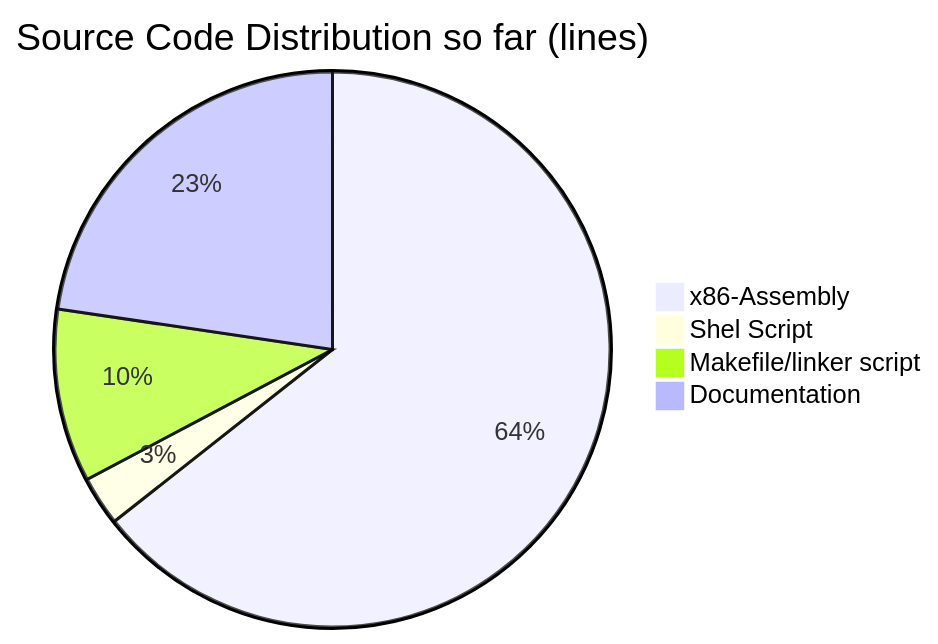
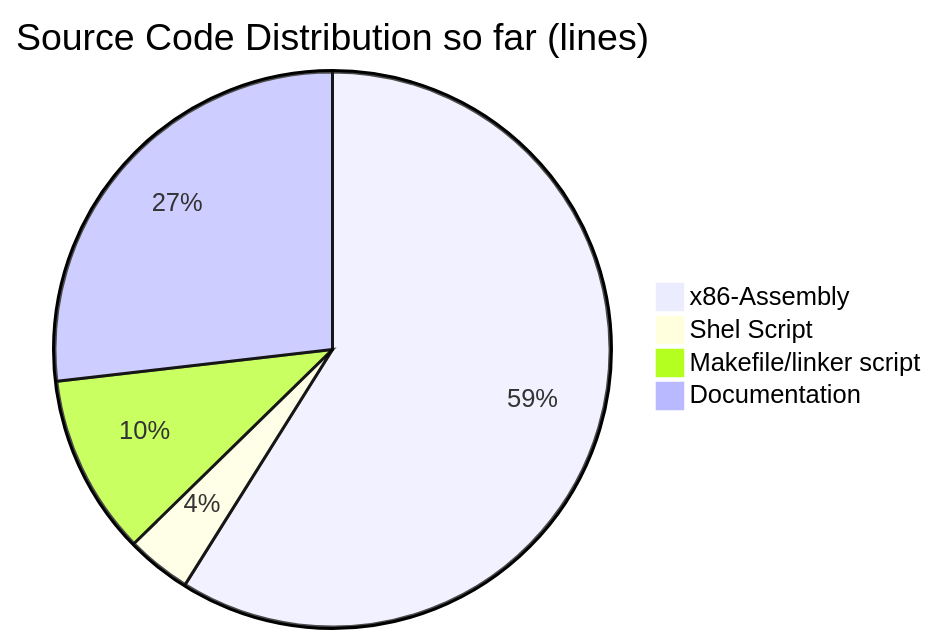
The diagram in README.md (rossanx/akfs), drawn with Mermaid before and after one commit.

Commit message:
Updated programming language statistics

````diff
--- a/README.md
+++ b/README.md
@@ -13,7 +13,7 @@
 ```mermaid
 pie title Source Code Distribution so far (lines)
-    "x86-Assembly" :  3448
-    "Shel Script" :  154
-    "Makefile/linker script" :  540
-    "Documentation" :  1214
+    "x86-Assembly" :  3716
+    "Shel Script" :  238
+    "Makefile/linker script" :  662
+    "Documentation" :  1692
 ```
````
